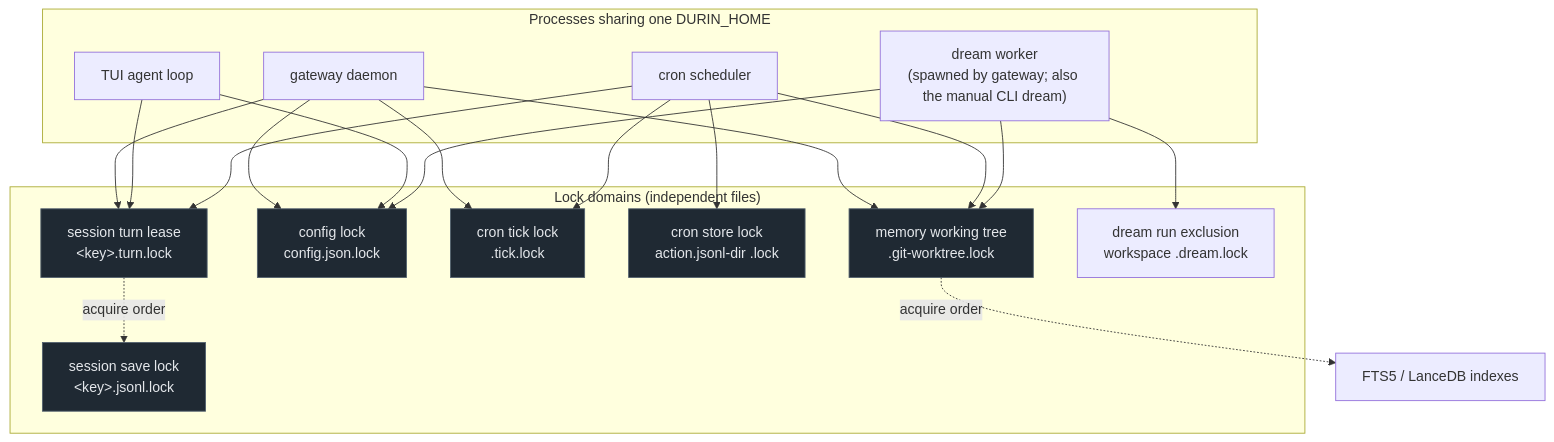
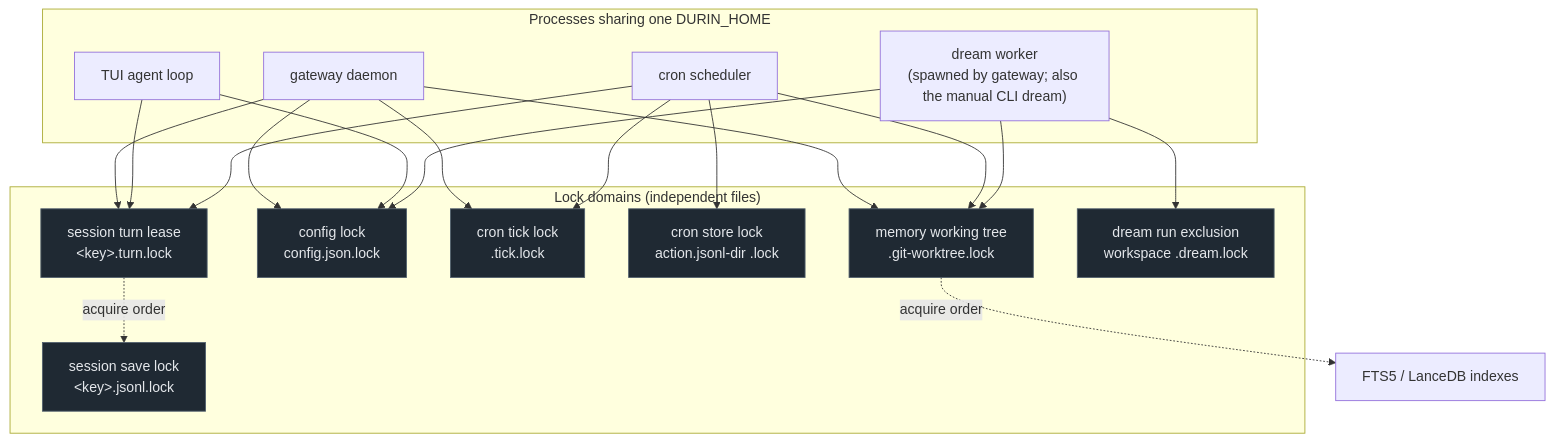
Before and after one commit to mmarmol/durin: the diagram in docs/internals/concurrency.md, drawn with Mermaid.

Commit message:
docs(internals): style the dream-lock node in the concurrency diagram

````diff
--- a/docs/internals/concurrency.md
+++ b/docs/internals/concurrency.md
@@ -96,39 +96,39 @@
 ```mermaid
 flowchart TB
     subgraph procs["Processes sharing one DURIN_HOME"]
         GW["gateway daemon"]
         TUI["TUI agent loop"]
         CRON["cron scheduler"]
         DW["dream worker<br/>(spawned by gateway; also the manual CLI dream)"]
     end
 
     subgraph domains["Lock domains (independent files)"]
         TURN["session turn lease<br/>&lt;key&gt;.turn.lock"]
         SAVE["session save lock<br/>&lt;key&gt;.jsonl.lock"]
         CFG["config lock<br/>config.json.lock"]
         TICK["cron tick lock<br/>.tick.lock"]
         CACTION["cron store lock<br/>action.jsonl-dir .lock"]
         GWT["memory working tree<br/>.git-worktree.lock"]
         DREAM["dream run exclusion<br/>workspace .dream.lock"]
     end
 
     GW --> TURN
     GW --> CFG
     GW --> TICK
     GW --> GWT
     TUI --> TURN
     TUI --> CFG
     CRON --> TURN
     CRON --> TICK
     CRON --> CACTION
     CRON --> GWT
     DW --> DREAM
     DW --> GWT
     DW --> CFG
 
     TURN -.acquire order.-> SAVE
     GWT -.acquire order.-> FTS["FTS5 / LanceDB indexes"]
 
     classDef dom fill:#1f2933,stroke:#52606d,color:#e4e7eb;
-    class TURN,SAVE,CFG,TICK,CACTION,GWT dom;
+    class TURN,SAVE,CFG,TICK,CACTION,GWT,DREAM dom;
 ```
````
